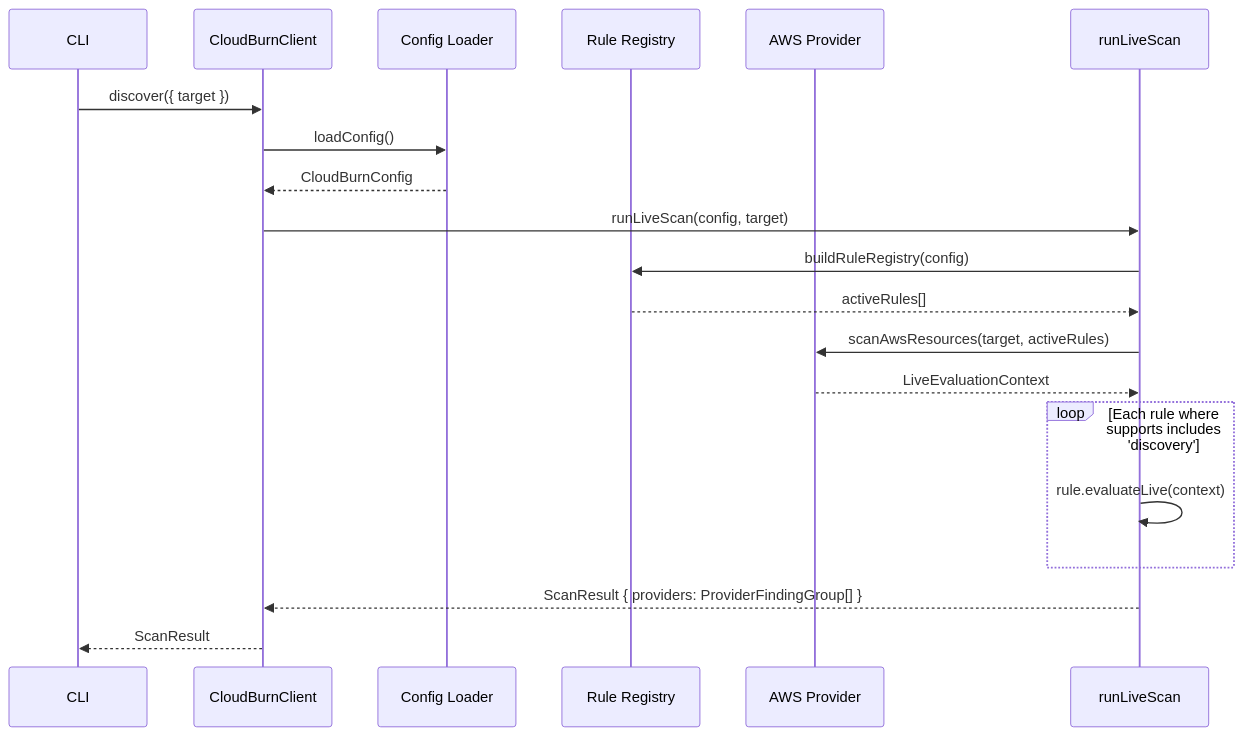
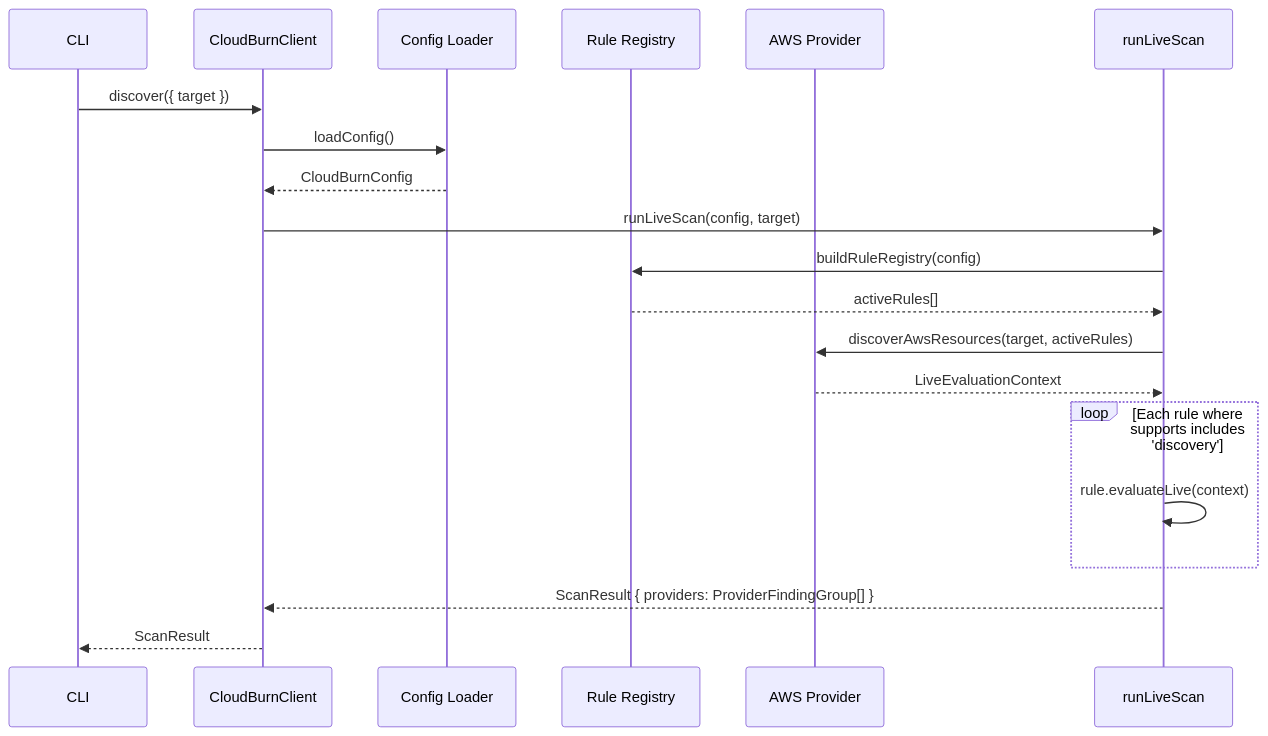
The third of 3 diagrams in docs/ARCHITECTURE.md (towardsthecloud/cloudburn), drawn with Mermaid before and after one commit. The commit also changed other lines of this file and 31 other files, not shown here.

````diff
--- a/docs/ARCHITECTURE.md
+++ b/docs/ARCHITECTURE.md
@@ -46,23 +46,23 @@
 ```mermaid
 sequenceDiagram
   participant CLI
   participant Scanner as CloudBurnClient
   participant Config as Config Loader
   participant Registry as Rule Registry
   participant AWS as AWS Provider
   participant Engine as runLiveScan
 
   CLI->>Scanner: discover({ target })
   Scanner->>Config: loadConfig()
   Config-->>Scanner: CloudBurnConfig
   Scanner->>Engine: runLiveScan(config, target)
   Engine->>Registry: buildRuleRegistry(config)
   Registry-->>Engine: activeRules[]
-  Engine->>AWS: scanAwsResources(target, activeRules)
+  Engine->>AWS: discoverAwsResources(target, activeRules)
   AWS-->>Engine: LiveEvaluationContext
   loop Each rule where supports includes 'discovery'
     Engine->>Engine: rule.evaluateLive(context)
   end
   Engine-->>Scanner: ScanResult { providers: ProviderFindingGroup[] }
   Scanner-->>CLI: ScanResult
 ```
````
